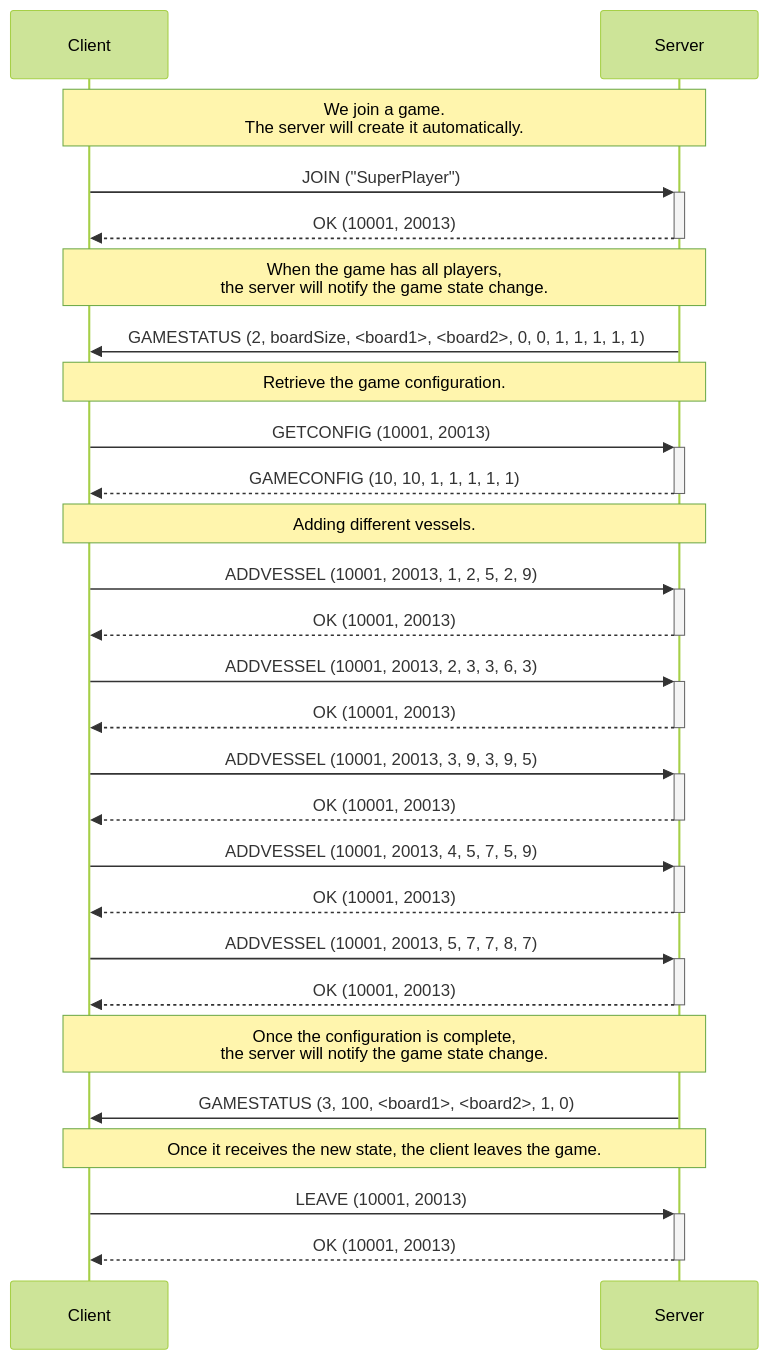
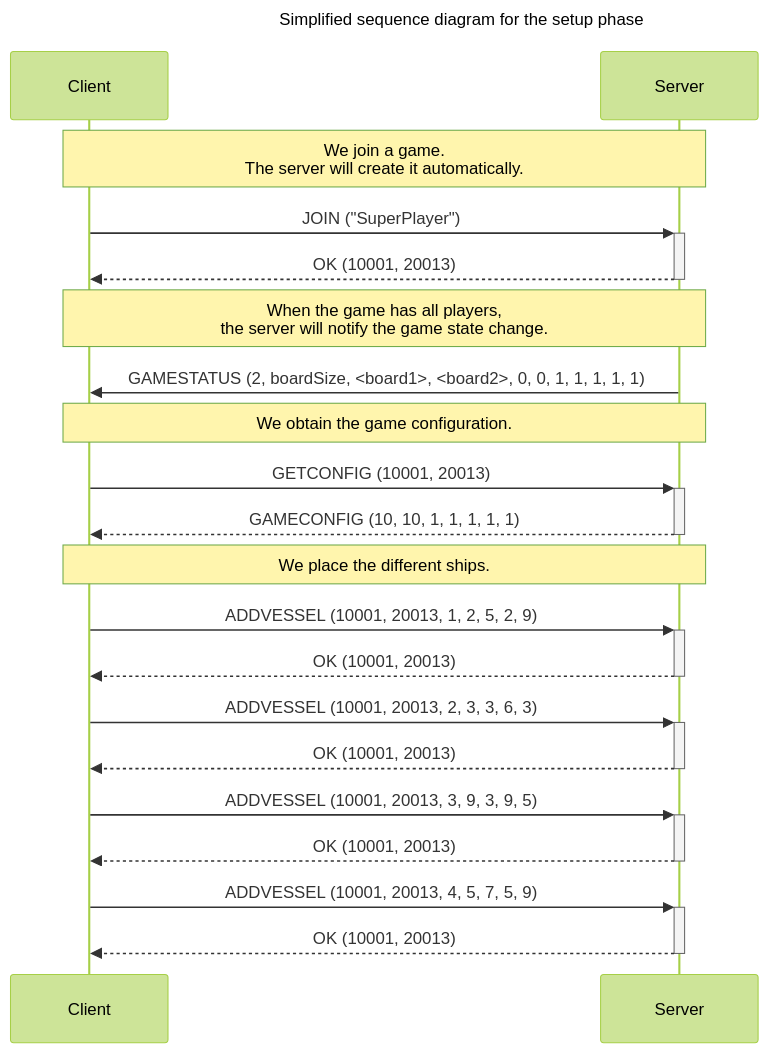
One commit to SoftwareDistribuitUB-2025/Enunciat_P1 changed the fifth of 6 diagrams in Sessions/sessio_2_en.md. Above: the diagram before and after it, drawn with Mermaid (forest theme). The commit also changed other lines of this file, not shown here.

````diff
--- a/Sessions/sessio_2_en.md
+++ b/Sessions/sessio_2_en.md
@@ -191,37 +183,29 @@
 ```mermaid
+---
+title: Simplified sequence diagram for the setup phase
+---
   sequenceDiagram
 
     note over Client,Server: We join a game. <BR/>The server will create it automatically.
 
     Client->>+Server: JOIN ("SuperPlayer")
     Server-->>-Client: OK (10001, 20013)
-        
+
     note over Client,Server: When the game has all players,<br/>the server will notify the game state change.
 
     Server->>Client: GAMESTATUS (2, boardSize, <board1>, <board2>, 0, 0, 1, 1, 1, 1, 1)
 
-    note over Client,Server: Retrieve the game configuration.
+    note over Client,Server: We obtain the game configuration.
     Client->>+Server: GETCONFIG (10001, 20013)
-    Server-->>-Client: GAMECONFIG (10, 10, 1, 1, 1, 1, 1)    
+    Server-->>-Client: GAMECONFIG (10, 10, 1, 1, 1, 1, 1)
 
-    note over Client,Server: Adding different vessels.
+    note over Client,Server: We place the different ships.
     Client->>+Server: ADDVESSEL (10001, 20013, 1, 2, 5, 2, 9)
     Server-->>-Client: OK (10001, 20013)
     Client->>+Server: ADDVESSEL (10001, 20013, 2, 3, 3, 6, 3)
     Server-->>-Client: OK (10001, 20013)
     Client->>+Server: ADDVESSEL (10001, 20013, 3, 9, 3, 9, 5)
     Server-->>-Client: OK (10001, 20013)
     Client->>+Server: ADDVESSEL (10001, 20013, 4, 5, 7, 5, 9)
     Server-->>-Client: OK (10001, 20013)
-    Client->>+Server: ADDVESSEL (10001, 20013, 5, 7, 7, 8, 7)
-    Server-->>-Client: OK (10001, 20013)
-    
-    note over Client,Server: Once the configuration is complete,<br/>the server will notify the game state change.
-
-    Server->>Client: GAMESTATUS (3, 100, <board1>, <board2>, 1, 0)
-
-    note over Client,Server: Once it receives the new state, the client leaves the game.
-
-    Client->>+Server: LEAVE (10001, 20013)
-    Server-->>-Client: OK (10001, 20013)
 ```
````
